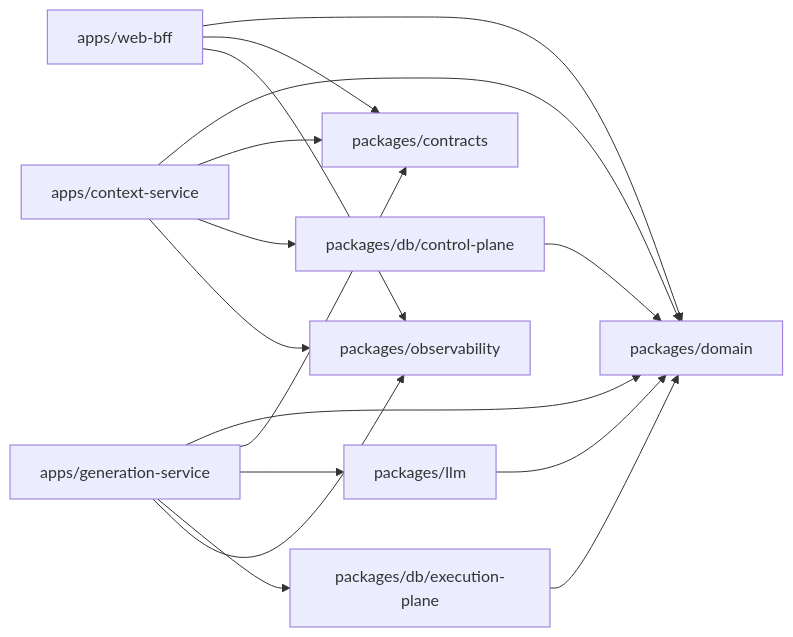
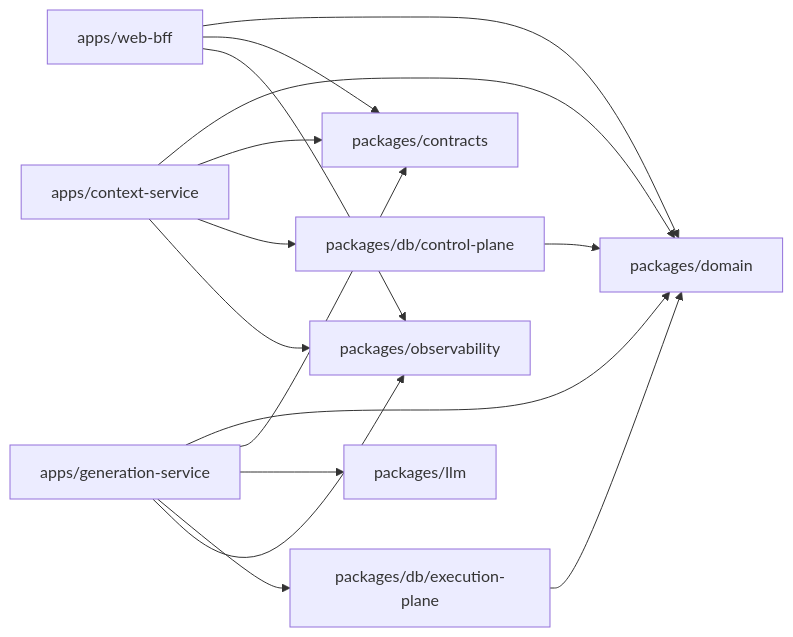
One commit to asqatqazet/AI-Assisted-Review-Generation changed the first of 2 diagrams in docs/adr/ADR-004-package-boundaries.md. Above: the diagram before and after it, drawn with Mermaid. The commit also changed other lines of this file and 337 other files, not shown here.

````diff
--- a/docs/adr/ADR-004-package-boundaries.md
+++ b/docs/adr/ADR-004-package-boundaries.md
@@ -45,21 +45,20 @@
 ```mermaid
 flowchart LR
   WEB["apps/web-bff"] --> DOMAIN["packages/domain"]
   WEB --> CONTRACTS["packages/contracts"]
   WEB --> OBS["packages/observability"]
 
   CONTEXT["apps/context-service"] --> DOMAIN
   CONTEXT --> CONTRACTS
   CONTEXT --> DBC["packages/db/control-plane"]
   CONTEXT --> OBS
 
   GENERATION["apps/generation-service"] --> DOMAIN
   GENERATION --> CONTRACTS
   GENERATION --> LLM["packages/llm"]
   GENERATION --> DBG["packages/db/execution-plane"]
   GENERATION --> OBS
 
-  LLM --> DOMAIN
   DBC --> DOMAIN
   DBG --> DOMAIN
 ```
````
